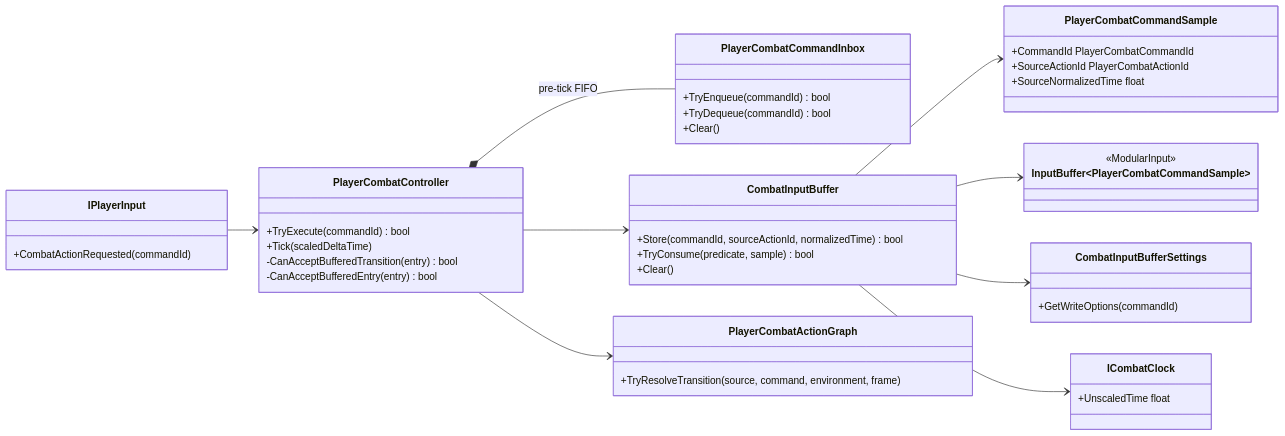
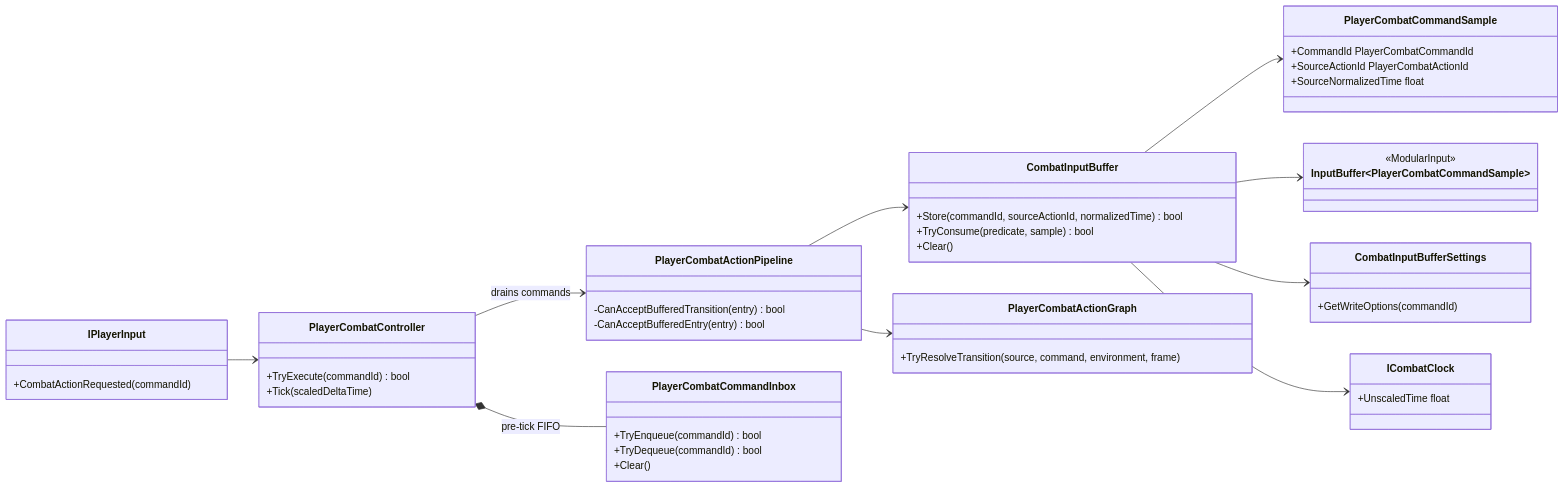
The diagram in Docs/Architecture/Combat.InputBuffer.md (MaximFonariuc/project-s), drawn with Mermaid before and after one commit. The commit also changed other lines of this file and 13 other files, not shown here.

Commit message:
refactor(combat): extract action execution pipeline

````diff
--- a/Docs/Architecture/Combat.InputBuffer.md
+++ b/Docs/Architecture/Combat.InputBuffer.md
@@ -9,50 +9,53 @@
 ```mermaid
 classDiagram
     direction LR
 
     class IPlayerInput {
         +CombatActionRequested(commandId)
     }
     class PlayerCombatController {
         +TryExecute(commandId) bool
         +Tick(scaledDeltaTime)
+    }
+    class PlayerCombatActionPipeline {
         -CanAcceptBufferedTransition(entry) bool
         -CanAcceptBufferedEntry(entry) bool
     }
     class PlayerCombatCommandInbox {
         +TryEnqueue(commandId) bool
         +TryDequeue(commandId) bool
         +Clear()
     }
     class CombatInputBuffer {
         +Store(commandId, sourceActionId, normalizedTime) bool
         +TryConsume(predicate, sample) bool
         +Clear()
     }
     class PlayerCombatCommandSample {
         +CommandId PlayerCombatCommandId
         +SourceActionId PlayerCombatActionId
         +SourceNormalizedTime float
     }
     class CombatInputBufferSettings {
         +GetWriteOptions(commandId)
     }
     class InputBuffer~PlayerCombatCommandSample~ {
         <<ModularInput>>
     }
     class PlayerCombatActionGraph {
         +TryResolveTransition(source, command, environment, frame)
     }
     class ICombatClock {
         +UnscaledTime float
     }
 
     IPlayerInput --> PlayerCombatController
     PlayerCombatController *-- PlayerCombatCommandInbox : pre-tick FIFO
-    PlayerCombatController --> CombatInputBuffer
-    PlayerCombatController --> PlayerCombatActionGraph
+    PlayerCombatController --> PlayerCombatActionPipeline : drains commands
+    PlayerCombatActionPipeline --> CombatInputBuffer
+    PlayerCombatActionPipeline --> PlayerCombatActionGraph
     CombatInputBuffer --> PlayerCombatCommandSample
     CombatInputBuffer --> InputBuffer~PlayerCombatCommandSample~
     CombatInputBuffer --> CombatInputBufferSettings
     CombatInputBuffer --> ICombatClock
 ```
````
